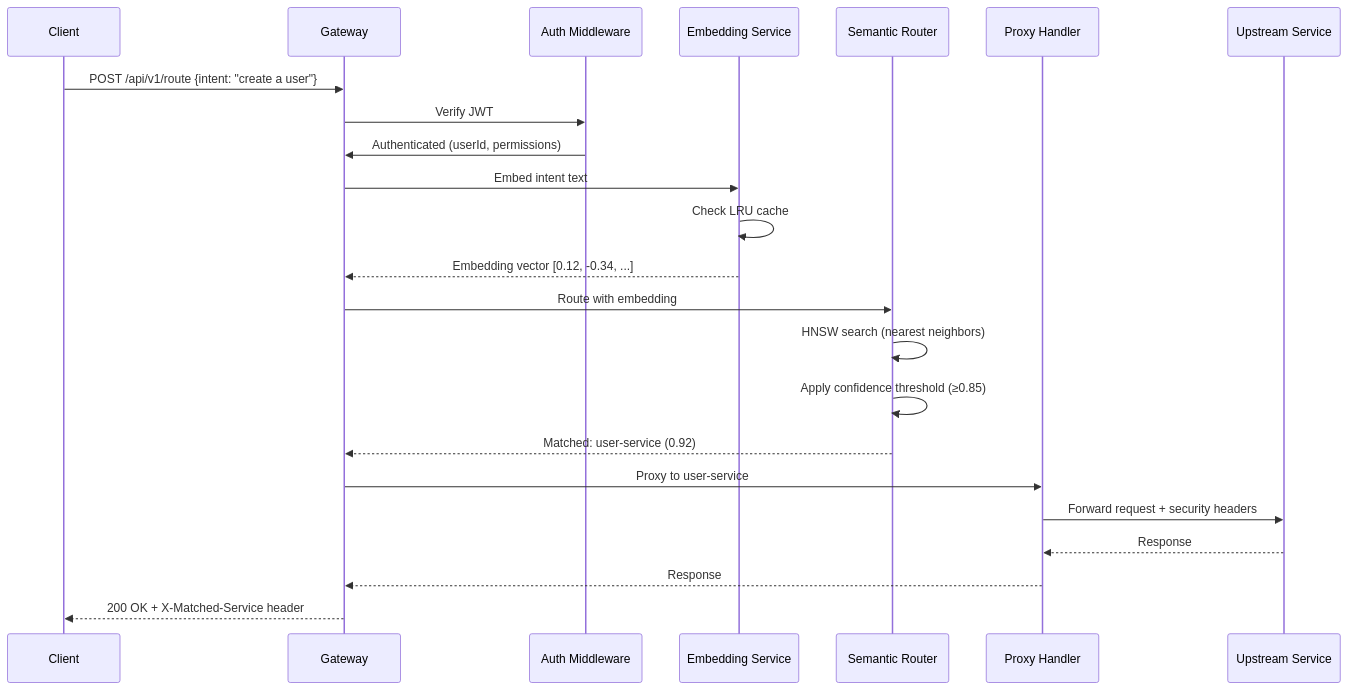
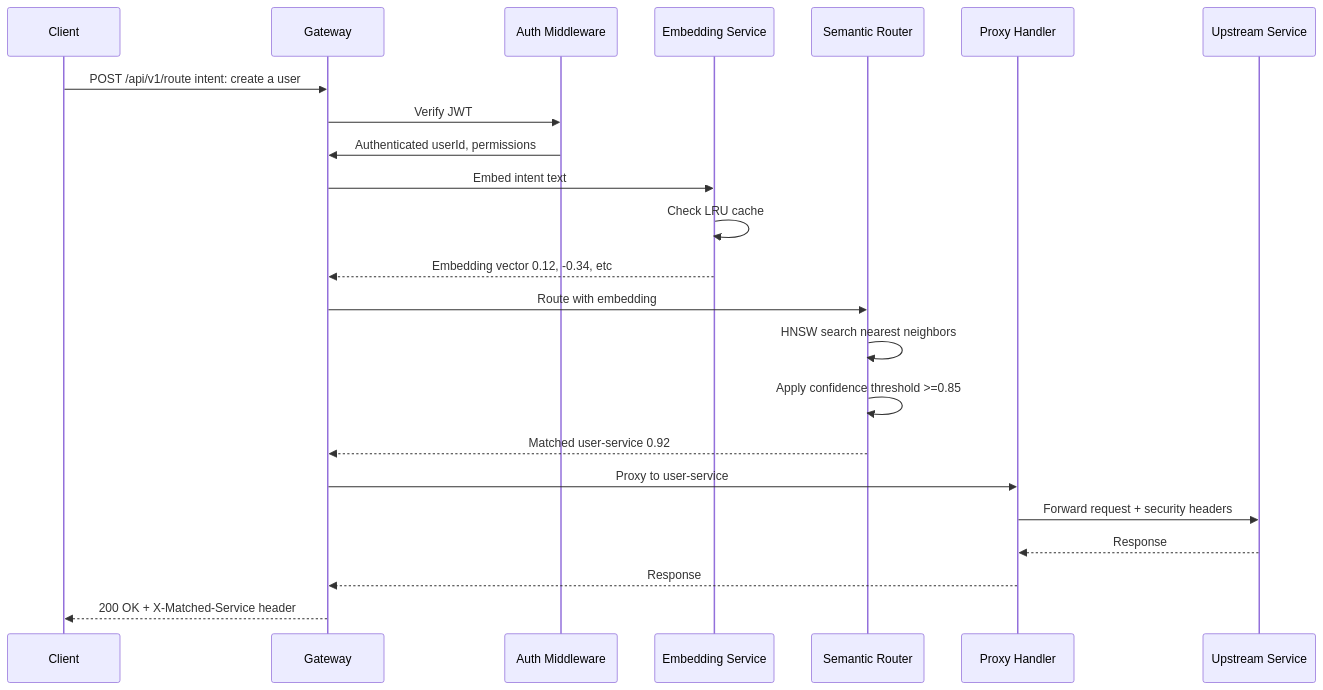
The second of 3 diagrams in ARCHITECTURE.md (jmiranda-sre/Semantic-API-Gateway-Router), drawn with Mermaid before and after one commit. The commit also changed other lines of this file and 1 other file, not shown here.

First line of the commit message:
fix: sanitize all mermaid diagrams for github rendering

````diff
--- a/ARCHITECTURE.md
+++ b/ARCHITECTURE.md
@@ -49,26 +49,26 @@
 ```mermaid
 sequenceDiagram
     participant C as Client
     participant G as Gateway
     participant A as Auth Middleware
     participant E as Embedding Service
     participant R as Semantic Router
     participant P as Proxy Handler
     participant S as Upstream Service
 
-    C->>G: POST /api/v1/route {intent: "create a user"}
+    C->>G: POST /api/v1/route intent: create a user
     G->>A: Verify JWT
-    A->>G: Authenticated (userId, permissions)
+    A->>G: Authenticated userId, permissions
     G->>E: Embed intent text
     E->>E: Check LRU cache
-    E-->>G: Embedding vector [0.12, -0.34, ...]
+    E-->>G: Embedding vector 0.12, -0.34, etc
     G->>R: Route with embedding
-    R->>R: HNSW search (nearest neighbors)
-    R->>R: Apply confidence threshold (≥0.85)
-    R-->>G: Matched: user-service (0.92)
+    R->>R: HNSW search nearest neighbors
+    R->>R: Apply confidence threshold >=0.85
+    R-->>G: Matched user-service 0.92
     G->>P: Proxy to user-service
     P->>S: Forward request + security headers
     S-->>P: Response
     P-->>G: Response
     G-->>C: 200 OK + X-Matched-Service header
 ```
````
